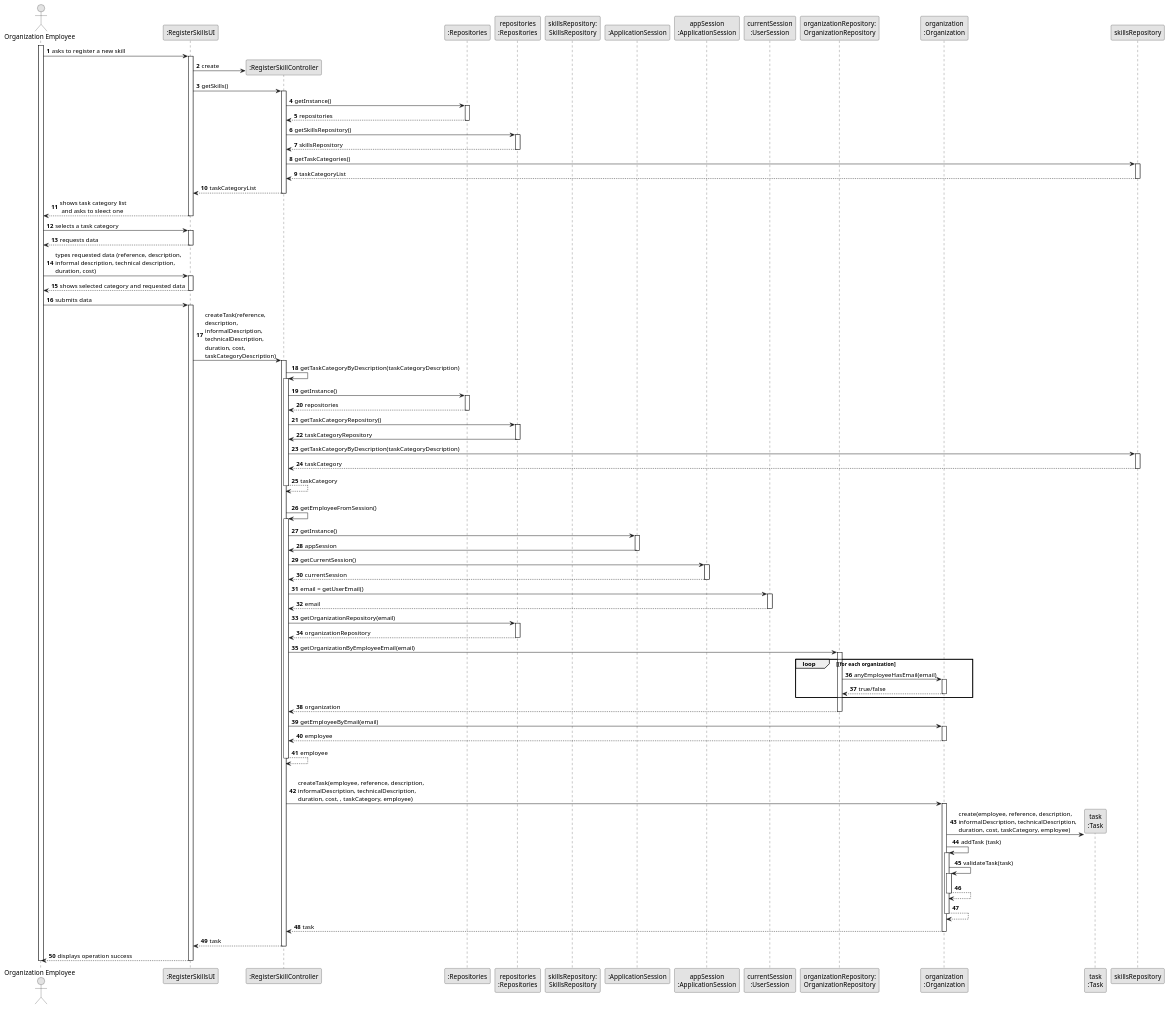
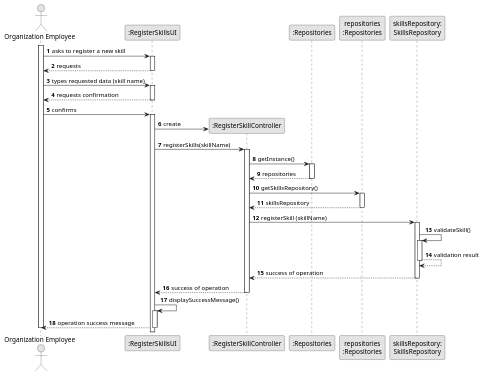
One commit to Departamento-de-Engenharia-Informatica/lei-24-s2-1do-g164 changed the diagram in docs/sprintB/us001/03.design/puml/us001-sequence-diagram-full.puml. Above: the diagram before and after it, drawn with PlantUML.

Commit message:
US01 modifications in sequence diagram, design

```diff
--- a/docs/sprintB/us001/03.design/puml/us001-sequence-diagram-full.puml
+++ b/docs/sprintB/us001/03.design/puml/us001-sequence-diagram-full.puml
@@ -2,180 +2,78 @@
-@startuml
+    @startuml
 skinparam monochrome true
 skinparam packageStyle rectangle
 skinparam shadowing false
 
 autonumber
 
 'hide footbox
 actor "Organization Employee" as ADM
 participant ":RegisterSkillsUI" as UI
 participant ":RegisterSkillController" as CTRL
 participant ":Repositories" as RepositorySingleton
 participant "repositories\n:Repositories" as PLAT
-participant "skillsRepository:\nSkillsRepository" as SkillsRepository
-participant ":ApplicationSession" as _APP
-participant "appSession\n:ApplicationSession" as APP
-participant "currentSession\n:UserSession" as SESSAO
-participant "organizationRepository:\nOrganizationRepository" as OrganizationRepository
-participant "organization\n:Organization" as ORG
-participant "task\n:Task" as TAREFA
+participant "skillsRepository:\nSkillsRepository" as skillsRepository
+
 
 activate ADM
 
         ADM -> UI : asks to register a new skill
-
+        activate UI
+        UI --> ADM : requests
+        deactivate UI
+        ADM -> UI : types requested data (skill name)
+        activate UI
+        UI --> ADM : requests confirmation
+        deactivate UI
+            ADM -> UI : confirms
         activate UI
 
 '            UI --> ADM : requests data (reference, description,  informal \n description, technical description, duration, cost)
             'create CTRL
             UI -> CTRL** : create
 
-            UI -> CTRL : getSkills()
+            UI -> CTRL : registerSkills(skillName)
             activate CTRL
 
                 CTRL -> RepositorySingleton : getInstance()
                 activate RepositorySingleton
 
                     RepositorySingleton --> CTRL: repositories
                 deactivate RepositorySingleton
 
                 CTRL -> PLAT : getSkillsRepository()
                 activate PLAT
 
                     PLAT --> CTRL: skillsRepository
                 deactivate PLAT
 
-                CTRL -> skillsRepository : getTaskCategories()
+                CTRL -> skillsRepository : registerSkill (skillName)
                 activate skillsRepository
 
-                    skillsRepository --> CTRL : taskCategoryList
+                skillsRepository -> skillsRepository : validateSkill()
+                activate skillsRepository
+
+                skillsRepository --> skillsRepository : validation result
                 deactivate skillsRepository
 
-                CTRL --> UI : taskCategoryList
+
+                    skillsRepository --> CTRL : success of operation
+                deactivate skillsRepository
+
+
+
+                CTRL --> UI : success of operation
             deactivate CTRL
 
-            UI --> ADM : shows task category list\n and asks to sleect one
+            UI -> UI : displaySuccessMessage()
+            activate UI
+
+            UI --> ADM : operation success message
         deactivate UI
 
-    ADM -> UI : selects a task category
-    activate UI
-
-        UI --> ADM : requests data
-    deactivate UI
-
-    ADM -> UI : types requested data (reference, description, \ninformal description, technical description,\nduration, cost)
-    activate UI
-
-        UI --> ADM : shows selected category and requested data
-    deactivate UI
-
-    ADM -> UI : submits data
-    activate UI
-
-        UI -> CTRL : createTask(reference,\ndescription,\ninformalDescription,\ntechnicalDescription,\nduration, cost,\ntaskCategoryDescription)
-        activate CTRL
-
-            CTRL -> CTRL : getTaskCategoryByDescription(taskCategoryDescription)
-            activate CTRL
-
-                CTRL -> RepositorySingleton : getInstance()
-                activate RepositorySingleton
-
-                    RepositorySingleton --> CTRL: repositories
-                deactivate RepositorySingleton
-
-                CTRL -> PLAT : getTaskCategoryRepository()
-                activate PLAT
-
-                    PLAT -> CTRL : taskCategoryRepository
-                deactivate PLAT
-
-                CTRL -> skillsRepository : getTaskCategoryByDescription(taskCategoryDescription)
-                activate skillsRepository
-
-                    skillsRepository --> CTRL : taskCategory
-                deactivate skillsRepository
-                    CTRL --> CTRL : taskCategory
-            deactivate CTRL
-
-            |||
-            CTRL -> CTRL : getEmployeeFromSession()
-            activate CTRL
-
-                CTRL -> _APP: getInstance()
-                activate _APP
-                    _APP -> CTRL: appSession
-                deactivate _APP
 
 
-                CTRL -> APP: getCurrentSession()
-                activate APP
-
-                    APP --> CTRL: currentSession
-                deactivate APP
-
-                CTRL -> SESSAO: email = getUserEmail()
-                activate SESSAO
-
-                    SESSAO --> CTRL: email
-                deactivate SESSAO
-
-
-                CTRL -> PLAT: getOrganizationRepository(email)
-                activate PLAT
-
-                    PLAT --> CTRL: organizationRepository
-                deactivate PLAT
-
-
-                CTRL -> OrganizationRepository: getOrganizationByEmployeeEmail(email)
-                activate OrganizationRepository
-
-                    loop [for each organization
-                        OrganizationRepository -> ORG : anyEmployeeHasEmail(email)
-                        activate ORG
-
-                             ORG --> OrganizationRepository : true/false
-                        deactivate ORG
-                    end
-                    OrganizationRepository --> CTRL : organization
-                deactivate OrganizationRepository
-
-                CTRL -> ORG: getEmployeeByEmail(email)
-                activate ORG
-
-                    ORG --> CTRL : employee
-                deactivate ORG
-
-                CTRL --> CTRL : employee
-            deactivate CTRL
-
-            |||
-            CTRL -> ORG: createTask(employee, reference, description,\ninformalDescription, technicalDescription,\nduration, cost, , taskCategory, employee)
-            activate ORG
-
-                ORG -> TAREFA**: create(employee, reference, description,\ninformalDescription, technicalDescription,\nduration, cost, taskCategory, employee)
-                ORG -> ORG: addTask (task)
-
-
-                activate ORG
-                    ORG -> ORG: validateTask(task)
-                    activate ORG
-                        ORG --> ORG
-                    deactivate ORG
-
-                    ORG --> ORG
-                deactivate ORG
-
-                ORG --> CTRL : task
-
-            deactivate ORG
-
-            CTRL --> UI: task
-            deactivate CTRL
-            UI --> ADM: displays operation success
-    deactivate UI
 
 deactivate ADM
 
 @enduml
```
